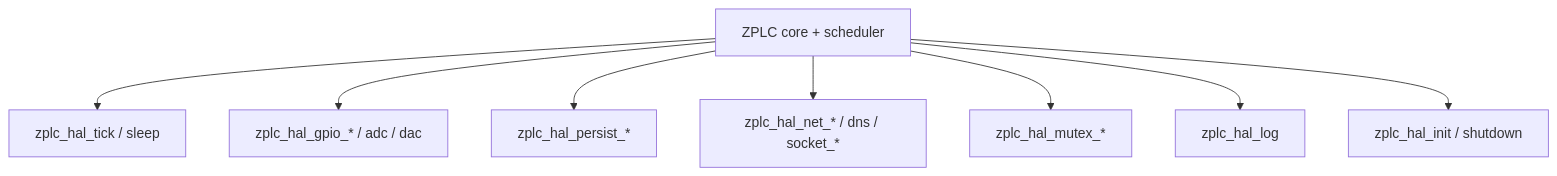
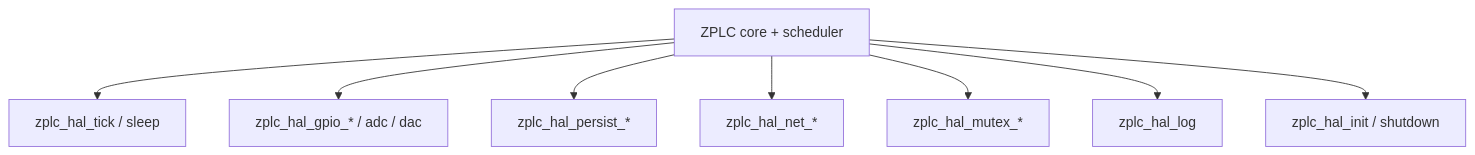
Before and after one commit to eduardojvieira/ZPLC: the diagram in docs/docs/runtime/hal-contract.md, drawn with Mermaid. The commit also changed other lines of this file and 11 other files, not shown here.

Commit message:
refactor(hal): drop the DNS and socket functions that nothing calls (IO-007)

````diff
--- a/docs/docs/runtime/hal-contract.md
+++ b/docs/docs/runtime/hal-contract.md
@@ -34,10 +34,10 @@
 ```mermaid
 flowchart TD
   Core[ZPLC core + scheduler] --> Timing[zplc_hal_tick / sleep]
   Core --> IO[zplc_hal_gpio_* / adc / dac]
   Core --> Persist[zplc_hal_persist_*]
-  Core --> Net[zplc_hal_net_* / dns / socket_*]
+  Core --> Net[zplc_hal_net_*]
   Core --> Sync[zplc_hal_mutex_*]
   Core --> Log[zplc_hal_log]
   Core --> Lifecycle[zplc_hal_init / shutdown]
 ```
````
